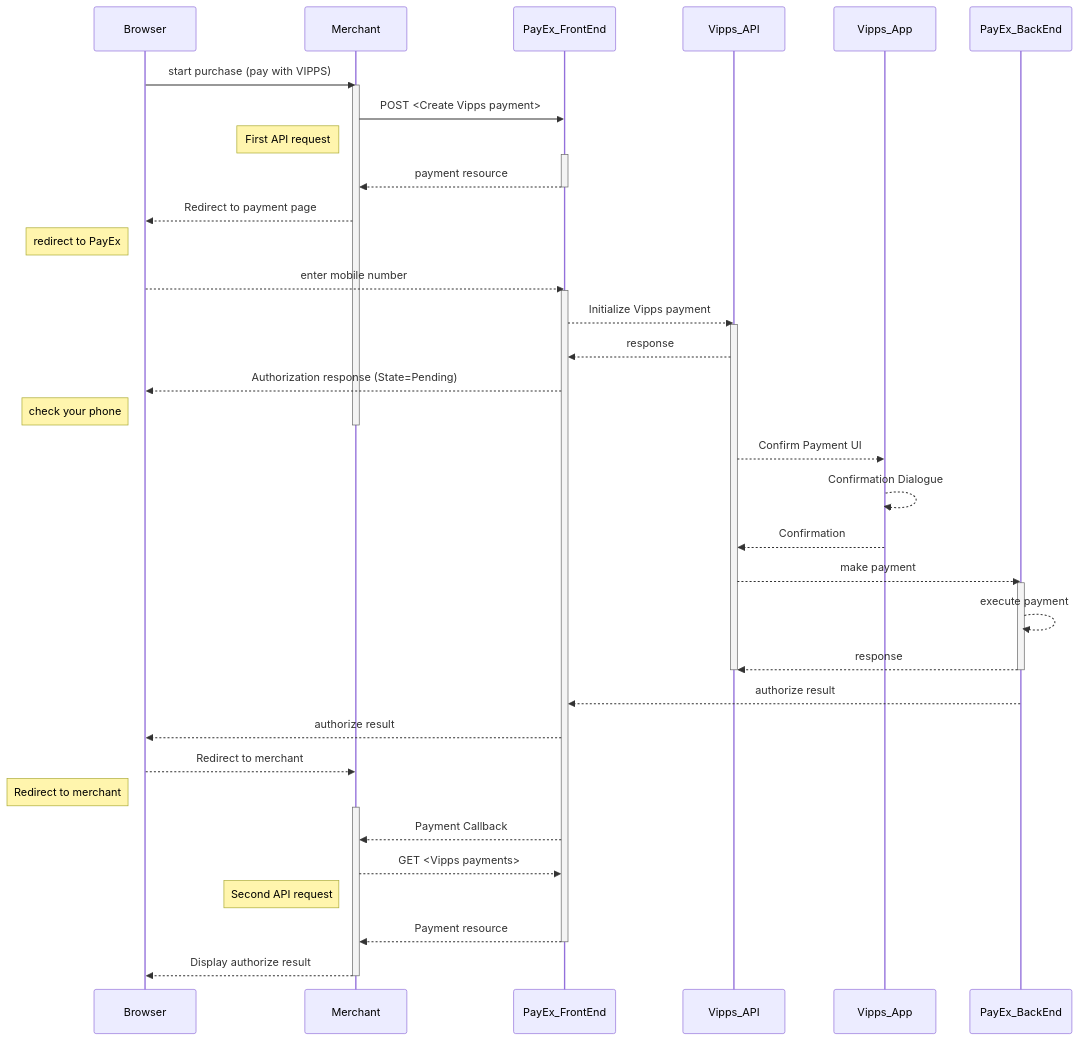
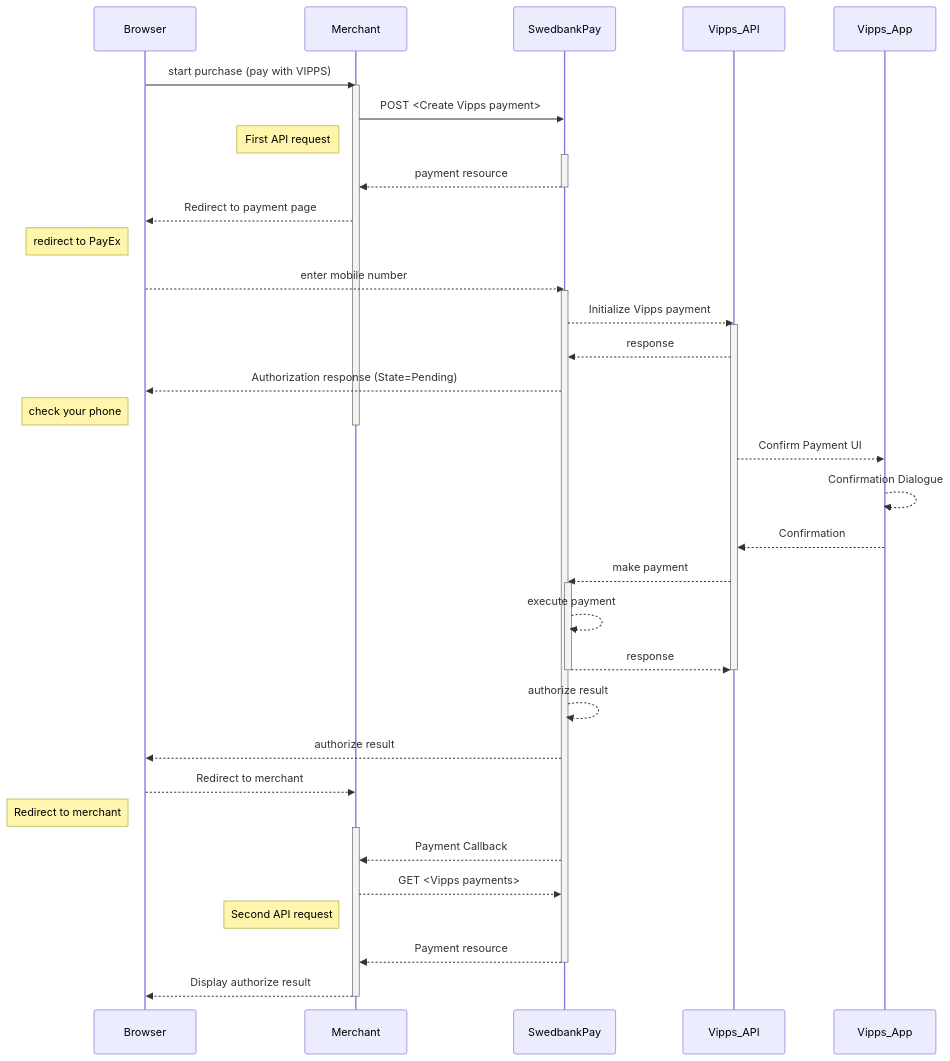
Before and after one commit to SwedbankPay/developer.swedbankpay.com: the diagram in payments/vipps/redirect.md, drawn with Mermaid. The commit also changed other lines of this file and 1 other file, not shown here.

````diff
--- a/payments/vipps/redirect.md
+++ b/payments/vipps/redirect.md
@@ -95,44 +63,44 @@
 ```mermaid
 sequenceDiagram
   Browser->>Merchant: start purchase (pay with VIPPS)
   activate Merchant
 
-  Merchant->>PayEx_FrontEnd: POST <Create  Vipps payment>
+  Merchant->>SwedbankPay: POST <Create  Vipps payment>
   note left of Merchant: First API request
-  activate PayEx_FrontEnd
-  PayEx_FrontEnd-->>Merchant: payment resource
-  deactivate PayEx_FrontEnd
+  activate SwedbankPay
+  SwedbankPay-->>Merchant: payment resource
+  deactivate SwedbankPay
   Merchant-->>Browser: Redirect to payment page
   note left of Browser:redirect to PayEx
-  Browser-->>PayEx_FrontEnd: enter mobile number
-  activate PayEx_FrontEnd
+  Browser-->>SwedbankPay: enter mobile number
+  activate SwedbankPay
 
-  PayEx_FrontEnd-->>Vipps_API: Initialize Vipps payment
+  SwedbankPay-->>Vipps_API: Initialize Vipps payment
   activate Vipps_API
-  Vipps_API-->>PayEx_FrontEnd: response
-  PayEx_FrontEnd-->>Browser: Authorization response (State=Pending)
+  Vipps_API-->>SwedbankPay: response
+  SwedbankPay-->>Browser: Authorization response (State=Pending)
   note left of Browser: check your phone
   deactivate Merchant
 
   Vipps_API-->>Vipps_App: Confirm Payment UI
   Vipps_App-->>Vipps_App: Confirmation Dialogue
   Vipps_App-->>Vipps_API: Confirmation
-  Vipps_API-->>PayEx_BackEnd: make payment
-  activate PayEx_BackEnd
-  PayEx_BackEnd-->>PayEx_BackEnd: execute payment
-  PayEx_BackEnd-->>Vipps_API: response
-  deactivate PayEx_BackEnd
+  Vipps_API-->>SwedbankPay: make payment
+  activate SwedbankPay
+  SwedbankPay-->>SwedbankPay: execute payment
+  SwedbankPay-->>Vipps_API: response
+  deactivate SwedbankPay
   deactivate Vipps_API
-  PayEx_BackEnd-->>PayEx_FrontEnd: authorize result
-  PayEx_FrontEnd-->>Browser: authorize result
+  SwedbankPay-->>SwedbankPay: authorize result
+  SwedbankPay-->>Browser: authorize result
   Browser-->>Merchant: Redirect to merchant
   note left of Browser: Redirect to merchant
   activate Merchant
-  PayEx_FrontEnd-->>Merchant: Payment Callback
-  Merchant-->>PayEx_FrontEnd: GET <Vipps payments>
+  SwedbankPay-->>Merchant: Payment Callback
+  Merchant-->>SwedbankPay: GET <Vipps payments>
   note left of Merchant: Second API request
-  PayEx_FrontEnd-->>Merchant: Payment resource
-  deactivate PayEx_FrontEnd
+  SwedbankPay-->>Merchant: Payment resource
+  deactivate SwedbankPay
   Merchant-->>Browser: Display authorize result
   deactivate Merchant
 ```
````
